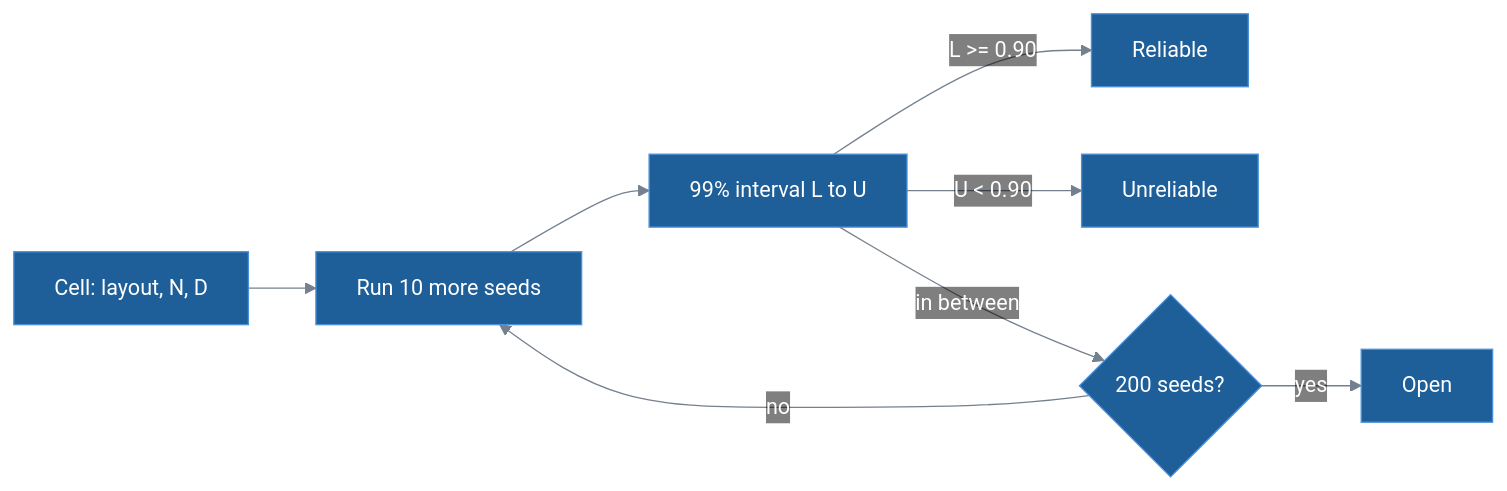
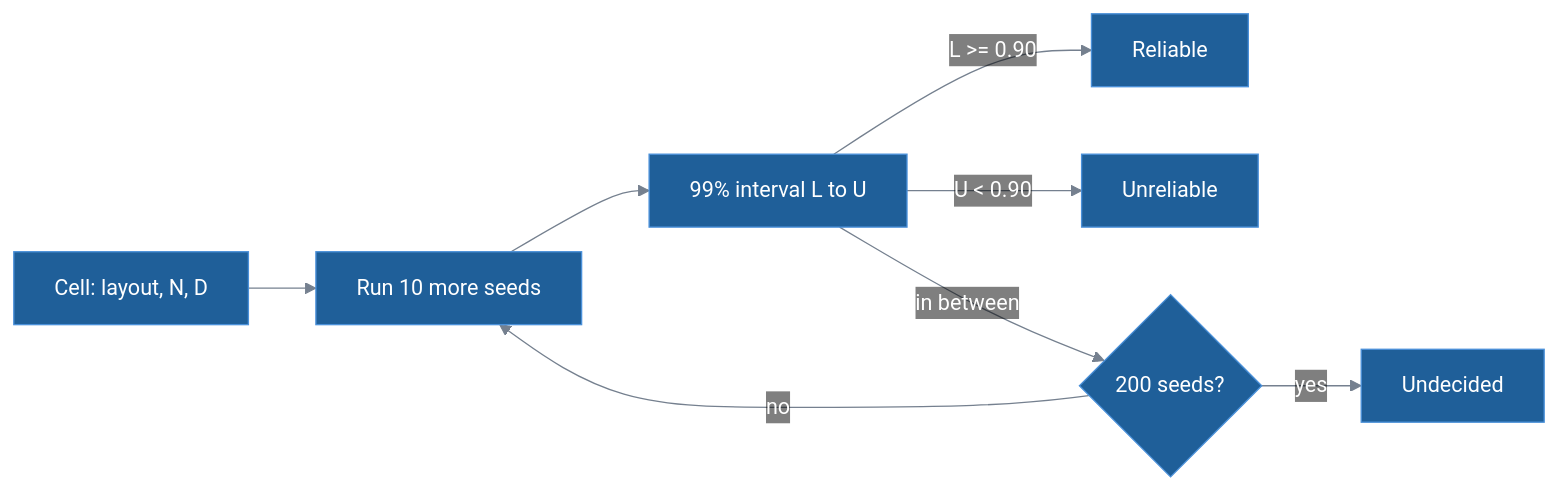
Before and after one commit to lykimq/HerdSim: the diagram in docs/report/d_min_report.md, drawn with Mermaid. The commit also changed other lines of this file and 95 other files, not shown here.

````diff
--- a/docs/report/d_min_report.md
+++ b/docs/report/d_min_report.md
@@ -46,11 +46,11 @@
 ```mermaid
 %%{init: {"theme": "base", "themeVariables": {"primaryColor": "#1f5f99", "primaryTextColor": "#ffffff", "primaryBorderColor": "#4a90d9", "lineColor": "#75808f", "tertiaryTextColor": "#75808f", "titleColor": "#75808f", "clusterBkg": "transparent", "clusterBorder": "#75808f", "edgeLabelBackground": "transparent"}}}%%
 flowchart LR
     A["Cell: layout, N, D"] --> B["Run 10 more seeds"]
     B --> C["99% interval L to U"]
     C -->|"L >= 0.90"| R["Reliable"]
     C -->|"U < 0.90"| X["Unreliable"]
     C -->|"in between"| S{"200 seeds?"}
     S -->|"no"| B
-    S -->|"yes"| O["Open"]
+    S -->|"yes"| O["Undecided"]
 ```
````
